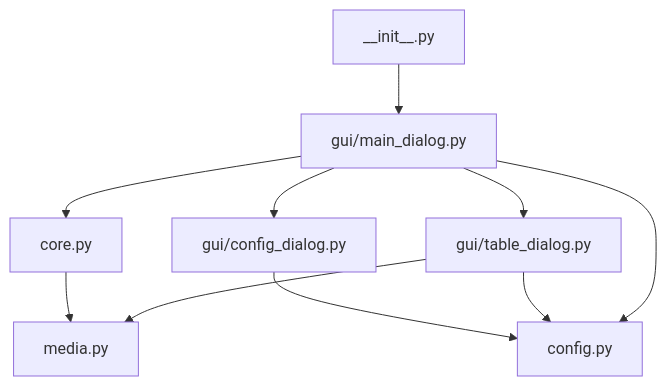
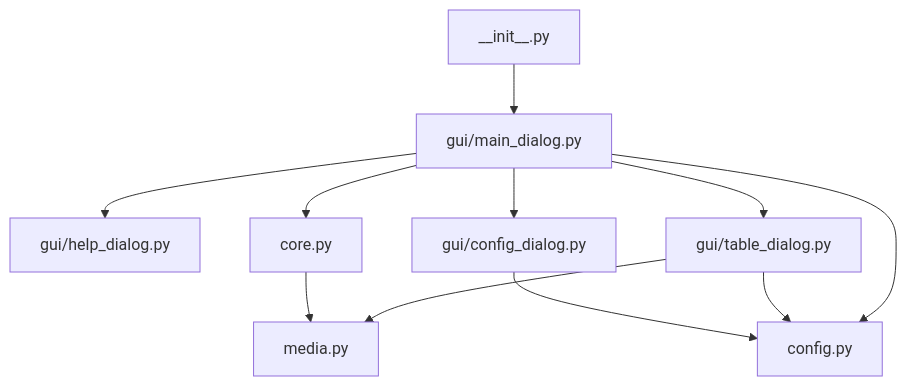
The first of 3 diagrams in docs/PROJECT_BLUEPRINT.md (lehoangphuc747/ankivn-json-bulk-importer), drawn with Mermaid before and after one commit. The commit also changed other lines of this file and 4 other files, not shown here.

````diff
--- a/docs/PROJECT_BLUEPRINT.md
+++ b/docs/PROJECT_BLUEPRINT.md
@@ -37,12 +38,13 @@
 ```mermaid
 graph TD
     Init["__init__.py"] --> MainUI["gui/main_dialog.py"]
+    MainUI --> HelpUI["gui/help_dialog.py"]
     MainUI --> TableUI["gui/table_dialog.py"]
     MainUI --> ConfigUI["gui/config_dialog.py"]
     MainUI --> Core["core.py"]
     MainUI --> Config["config.py"]
     TableUI --> Media["media.py"]
     TableUI --> Config
     ConfigUI --> Config
     Core --> Media
 ```
````
